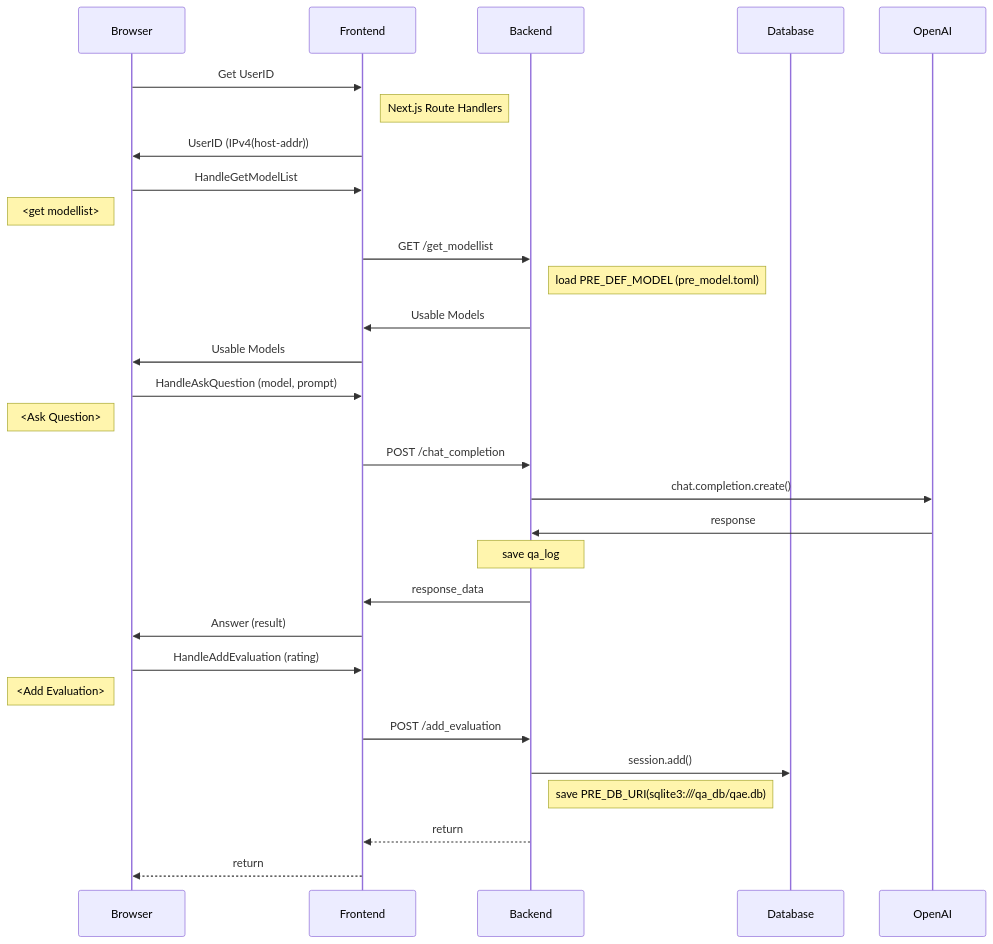
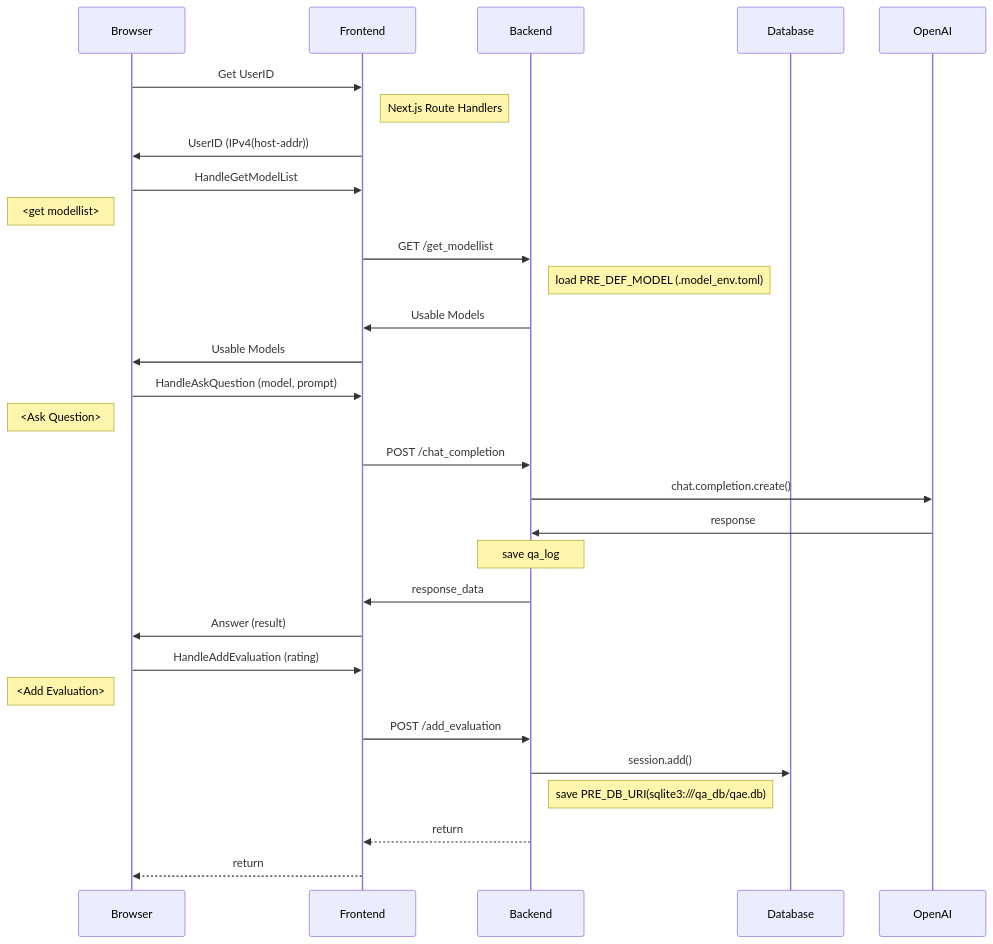
The diagram in README.md (Takashi-KK/qae), drawn with Mermaid before and after one commit. The commit also changed other lines of this file and 2 other files, not shown here.

Commit message:
#12 fixed README, delete pre_model.toml

````diff
--- a/README.md
+++ b/README.md
@@ -23,32 +79,32 @@
 ```mermaid
 sequenceDiagram
     participant Browser
     participant Frontend
     participant Backend
     participant Database
     participant OpenAI
     Browser->>Frontend: Get UserID
     Note right of Frontend: Next.js Route Handlers
     Frontend->>Browser: UserID (IPv4(host-addr))
     Browser->>Frontend: HandleGetModelList
     Note left of Browser: <get modellist>
     Frontend->>Backend: GET /get_modellist
-    Note right of Backend: load PRE_DEF_MODEL (pre_model.toml)
+    Note right of Backend: load PRE_DEF_MODEL (.model_env.toml)
     Backend->>Frontend: Usable Models
     Frontend->>Browser: Usable Models
     Browser->>Frontend: HandleAskQuestion (model, prompt)
     Note left of Browser: <Ask Question>
     Frontend->>Backend: POST /chat_completion
     Backend->>OpenAI: chat.completion.create()
     OpenAI->>Backend: response
     Note over Backend: save qa_log
     Backend->>Frontend: response_data
     Frontend->>Browser: Answer (result)
     Browser->>Frontend: HandleAddEvaluation (rating)
     Note left of Browser: <Add Evaluation>
     Frontend->>Backend: POST /add_evaluation
     Backend->>Database: session.add()
     Note right of Backend: save PRE_DB_URI(sqlite3:///qa_db/qae.db)
     Backend-->>Frontend: return
     Frontend-->>Browser: return
 ```
````
